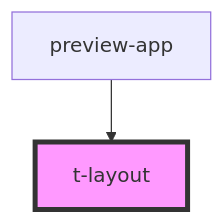
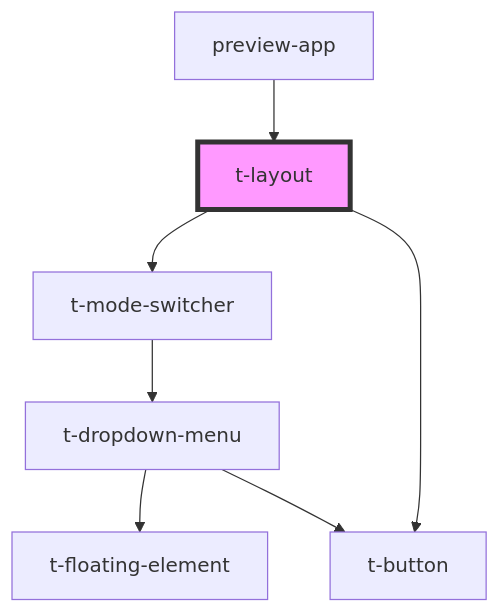
Before and after one commit to TomasEng/web-components: the diagram in packages/t-web-components/src/components/t-layout/readme.md, drawn with Mermaid. The commit also changed other lines of this file and 37 other files, not shown here.

````diff
--- a/packages/t-web-components/src/components/t-layout/readme.md
+++ b/packages/t-web-components/src/components/t-layout/readme.md
@@ -15,5 +29,10 @@
 ```mermaid
 graph TD;
+  t-layout --> t-mode-switcher
+  t-layout --> t-button
+  t-mode-switcher --> t-dropdown-menu
+  t-dropdown-menu --> t-floating-element
+  t-dropdown-menu --> t-button
   preview-app --> t-layout
   style t-layout fill:#f9f,stroke:#333,stroke-width:4px
 ```
````
